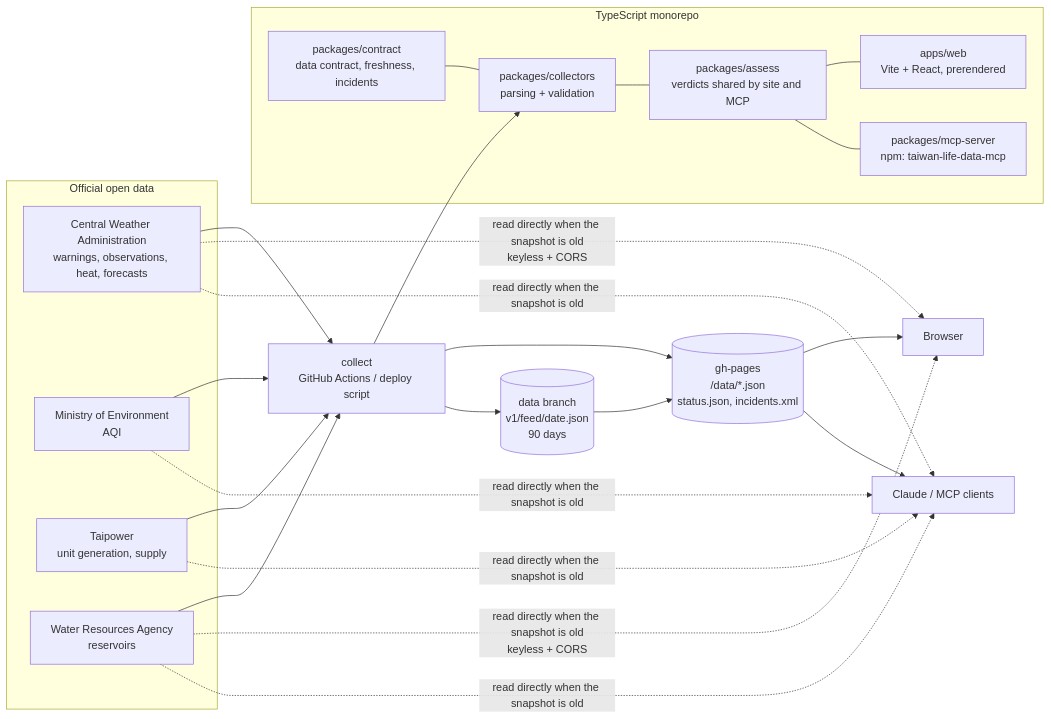
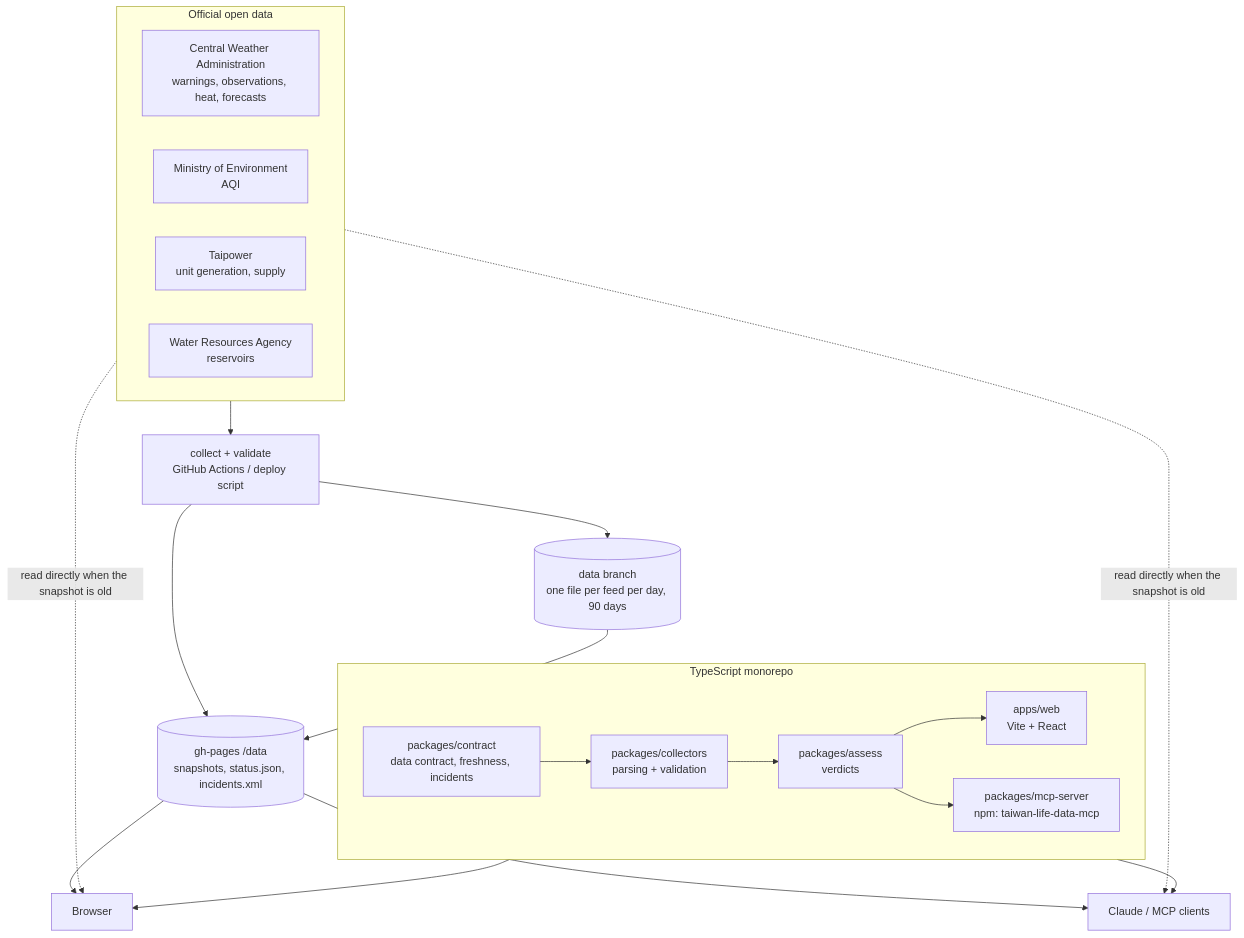
The diagram in README.en.md (livejiaquan/taiwan-life-data), drawn with Mermaid before and after one commit. The commit also changed 1 other file, not shown here.

Commit message:
Simplify the architecture diagram

````diff
--- a/README.en.md
+++ b/README.en.md
@@ -43,30 +43,28 @@
 ```mermaid
-flowchart LR
+flowchart TB
   subgraph official["Official open data"]
+    direction LR
     CWA[Central Weather Administration<br/>warnings, observations, heat, forecasts]
     MOENV[Ministry of Environment<br/>AQI]
     TPC[Taipower<br/>unit generation, supply]
     WRA[Water Resources Agency<br/>reservoirs]
   end
 
   subgraph repo["TypeScript monorepo"]
-    contract[packages/contract<br/>data contract, freshness, incidents]
-    collectors[packages/collectors<br/>parsing + validation]
-    assess[packages/assess<br/>verdicts shared by site and MCP]
-    web[apps/web<br/>Vite + React, prerendered]
-    mcp[packages/mcp-server<br/>npm: taiwan-life-data-mcp]
+    direction LR
+    contract[packages/contract<br/>data contract, freshness, incidents] --> collectors[packages/collectors<br/>parsing + validation] --> assess[packages/assess<br/>verdicts]
+    assess --> web[apps/web<br/>Vite + React]
+    assess --> mcp[packages/mcp-server<br/>npm: taiwan-life-data-mcp]
   end
 
-  CWA & MOENV & TPC & WRA --> collect[collect<br/>GitHub Actions / deploy script]
-  collect --> collectors
-  collect --> snap[(gh-pages<br/>/data/*.json<br/>status.json, incidents.xml)]
-  collect --> archive[(data branch<br/>v1/feed/date.json<br/>90 days)]
+  official --> collect[collect + validate<br/>GitHub Actions / deploy script]
+  collect --> snap[(gh-pages /data<br/>snapshots, status.json, incidents.xml)]
+  collect --> archive[(data branch<br/>one file per feed per day, 90 days)]
   archive --> snap
   snap --> browser[Browser]
-  CWA & WRA -. read directly when the snapshot is old<br/>keyless + CORS .-> browser
-  snap --> mcpclient[Claude / MCP clients]
-  CWA & MOENV & TPC & WRA -. read directly when the snapshot is old .-> mcpclient
-  contract --- collectors --- assess
-  assess --- web
-  assess --- mcp
+  snap --> client[Claude / MCP clients]
+  official -. read directly when the snapshot is old .-> browser
+  official -. read directly when the snapshot is old .-> client
+  web --> browser
+  mcp --> client
 ```
````
